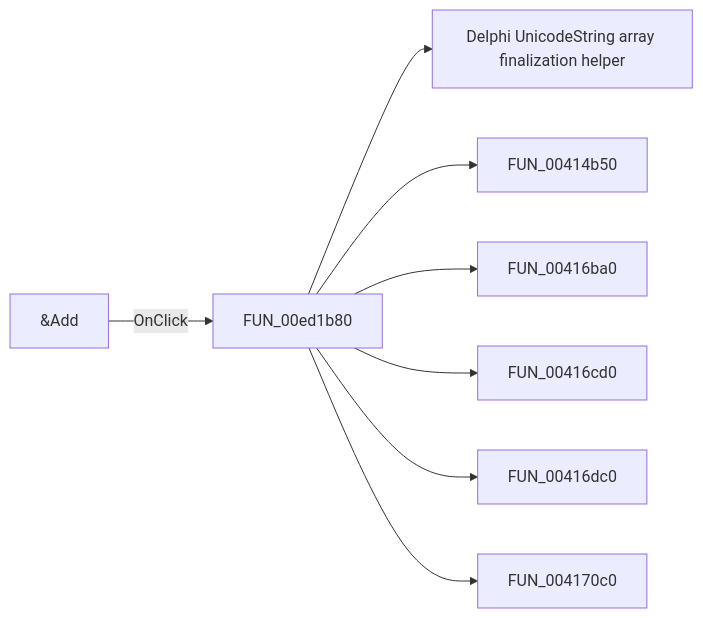
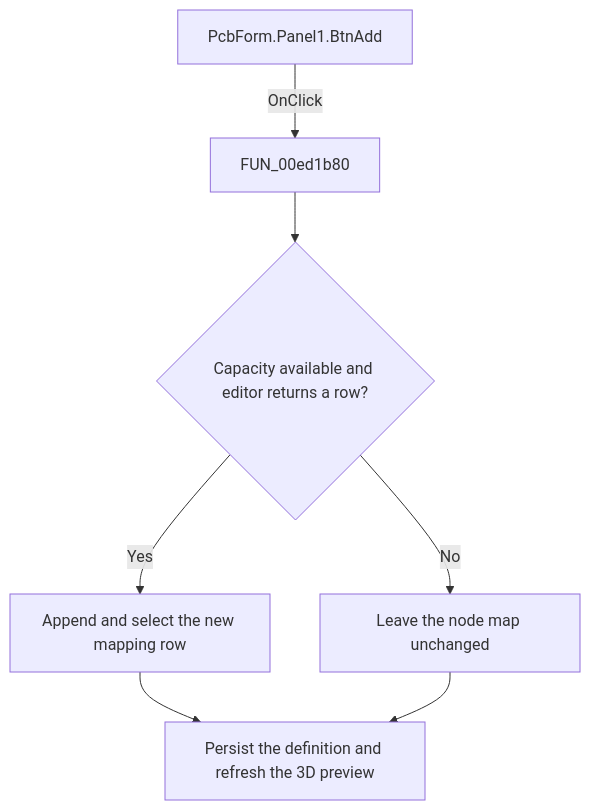
Before and after one commit to MovGP0/TIARA: the diagram in docs/ui-controls/pcbform/btnadd-a342757740.md, drawn with Mermaid. The commit also changed other lines of this file and 1062 other files, not shown here.

````diff
--- a/docs/ui-controls/pcbform/btnadd-a342757740.md
+++ b/docs/ui-controls/pcbform/btnadd-a342757740.md
@@ -27,10 +30,9 @@
 ```mermaid
-flowchart LR
-    control["&Add"] -->|OnClick| handler["FUN_00ed1b80"]
-    handler --> call1["Delphi UnicodeString array finalization helper"]
-    handler --> call2["FUN_00414b50"]
-    handler --> call3["FUN_00416ba0"]
-    handler --> call4["FUN_00416cd0"]
-    handler --> call5["FUN_00416dc0"]
-    handler --> call6["FUN_004170c0"]
+flowchart TD
+    control["PcbForm.Panel1.BtnAdd"] -->|OnClick| handler["FUN_00ed1b80"]
+    handler --> decision{"Capacity available and editor returns a row?"}
+    decision -->|Yes| action["Append and select the new mapping row"]
+    decision -->|No| noop["Leave the node map unchanged"]
+    action --> outcome["Persist the definition and refresh the 3D preview"]
+    noop --> outcome
 ```
````
